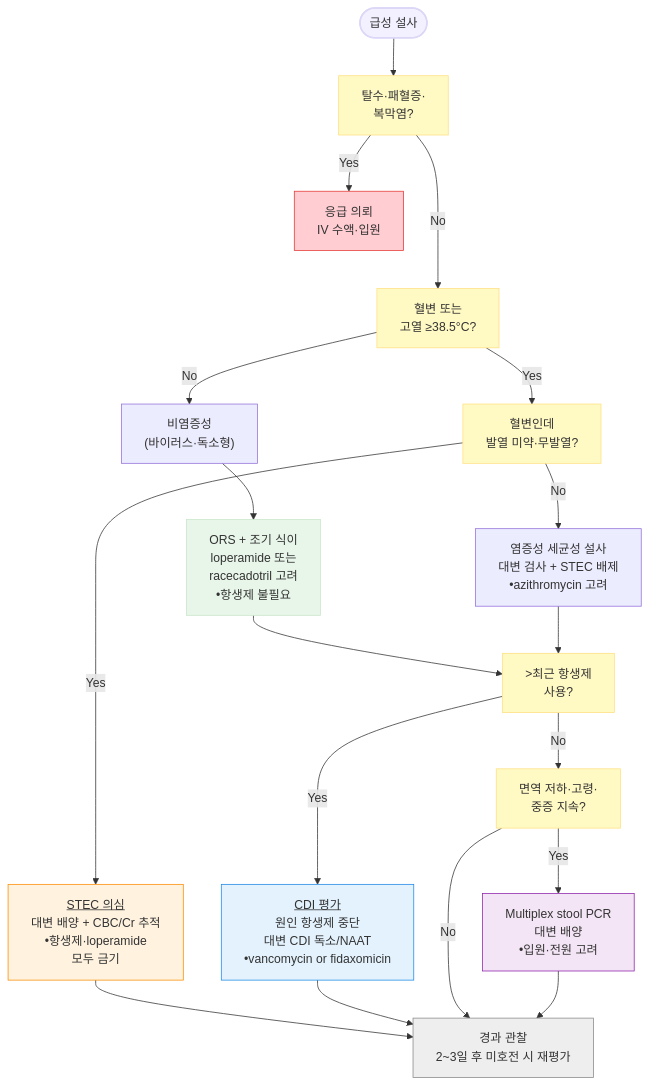
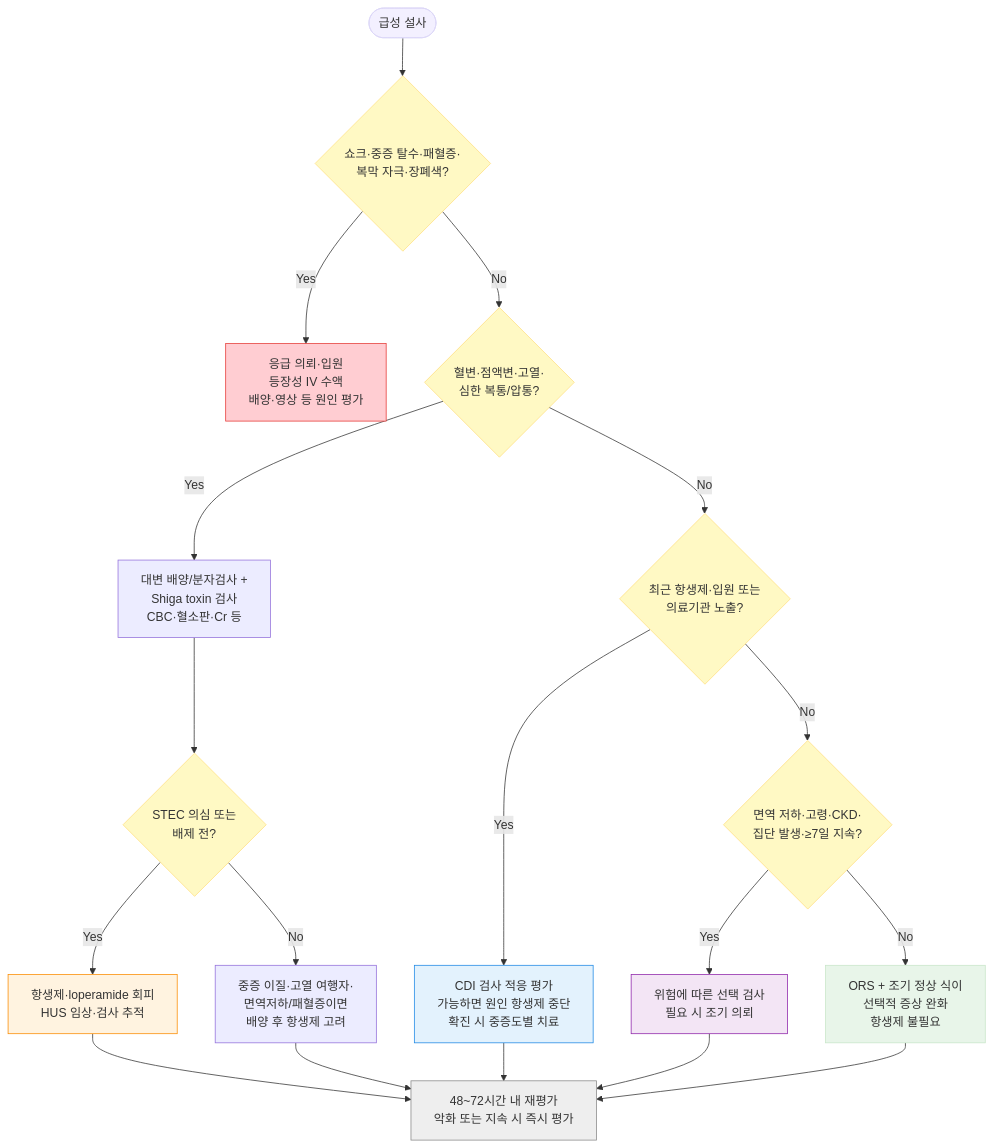
Before and after one commit to familyoh77/familyoh77: the diagram in 224_/083_-acute-diarrhea.md, drawn with Mermaid. The commit also changed other lines of this file and 15 other files, not shown here.

````diff
--- a/224_/083_-acute-diarrhea.md
+++ b/224_/083_-acute-diarrhea.md
@@ -131,52 +137,33 @@
 ```mermaid
 graph TD
-    Start(["급성 설사"])
+    Start(["급성 설사"]) --> S1{"쇼크·중증 탈수·패혈증·<br/>복막 자극·장폐색?"}
+    S1 -->|Yes| Emergency["응급 의뢰·입원<br/>등장성 IV 수액<br/>배양·영상 등 원인 평가"]
+    S1 -->|No| S2{"혈변·점액변·고열·<br/>심한 복통/압통?"}
 
-    S1["탈수·패혈증·<br/>복막염?"]
-    Emergency["응급 의뢰<br/>IV 수액·입원"]
+    S2 -->|Yes| Infl["대변 배양/분자검사 +<br/>Shiga toxin 검사<br/>CBC·혈소판·Cr 등"]
+    Infl --> STECq{"STEC 의심 또는<br/>배제 전?"}
+    STECq -->|Yes| STEC["항생제·loperamide 회피<br/>HUS 임상·검사 추적"]
+    STECq -->|No| ABX["중증 이질·고열 여행자·<br/>면역저하/패혈증이면<br/>배양 후 항생제 고려"]
 
-    S2["혈변 또는<br/>고열 ≥38.5°C?"]
+    S2 -->|No| S3{"최근 항생제·입원 또는<br/>의료기관 노출?"}
+    S3 -->|Yes| CDI["CDI 검사 적응 평가<br/>가능하면 원인 항생제 중단<br/>확진 시 중증도별 치료"]
+    S3 -->|No| HighRisk{"면역 저하·고령·CKD·<br/>집단 발생·≥7일 지속?"}
+    HighRisk -->|Yes| Test["위험에 따른 선택 검사<br/>필요 시 조기 의뢰"]
+    HighRisk -->|No| Support["ORS + 조기 정상 식이<br/>선택적 증상 완화<br/>항생제 불필요"]
 
-    NonInfl["비염증성<br/>(바이러스·독소형)"]
-    NonInflTx["ORS + 조기 식이<br/>loperamide 또는<br/>racecadotril 고려<br/>•항생제 불필요"]
+    STEC --> FU["48~72시간 내 재평가<br/>악화 또는 지속 시 즉시 평가"]
+    ABX --> FU
+    CDI --> FU
+    Test --> FU
+    Support --> FU
 
-    STECq["혈변인데<br/>발열 미약·무발열?"]
-    STEC["<u>STEC 의심</u><br/>대변 배양 + CBC/Cr 추적<br/>•항생제·loperamide<br/>모두 금기"]
-    Infl["염증성 세균성 설사<br/>대변 검사 + STEC 배제<br/>•azithromycin 고려"]
-
-    S3[">최근 항생제<br/>사용?"]
-    CDI["<u>CDI 평가</u><br/>원인 항생제 중단<br/>대변 CDI 독소/NAAT<br/>•vancomycin or fidaxomicin"]
-
-    S4["면역 저하·고령·<br/>중증 지속?"]
-    HighRisk["Multiplex stool PCR<br/>대변 배양<br/>•입원·전원 고려"]
-    FU["경과 관찰<br/>2~3일 후 미호전 시 재평가"]
-
-    Start --> S1
-    S1 -->|Yes| Emergency
-    S1 --->|No| S2
-    S2 -->|No| NonInfl
-    NonInfl --> NonInflTx
-    S2 -->|Yes| STECq
-    STECq -->|Yes| STEC
-    STECq -->|No| Infl
-    NonInflTx --> S3
-    Infl --> S3
-    STEC --> FU
-    S3 -->|Yes| CDI
-    S3 -->|No| S4
-    CDI --> FU
-    S4 -->|Yes| HighRisk
-    S4 -->|No| FU
-    HighRisk --> FU
-
-style Start fill:#eeeeee,stroke:#888888,stroke-width:2px
- classDef yellow fill:#fff9c4,stroke:#ffe082
- class S1,S2,S3,S4,STECq yellow
+    classDef yellow fill:#fff9c4,stroke:#ffe082
+    class S1,S2,S3,STECq,HighRisk yellow
     style Emergency fill:#ffcdd2,stroke:#e53935
     style STEC fill:#fff3e0,stroke:#fb8c00
     style CDI fill:#e3f2fd,stroke:#1e88e5
-    style HighRisk fill:#f3e5f5,stroke:#8e24aa
+    style Test fill:#f3e5f5,stroke:#8e24aa
     style Start fill:#f3f0ff,stroke:#dcd6f7
-    style NonInflTx fill:#e8f5e9,stroke:#c8e6c9
+    style Support fill:#e8f5e9,stroke:#c8e6c9
     style FU fill:#eeeeee,stroke:#888888
 ```
````
